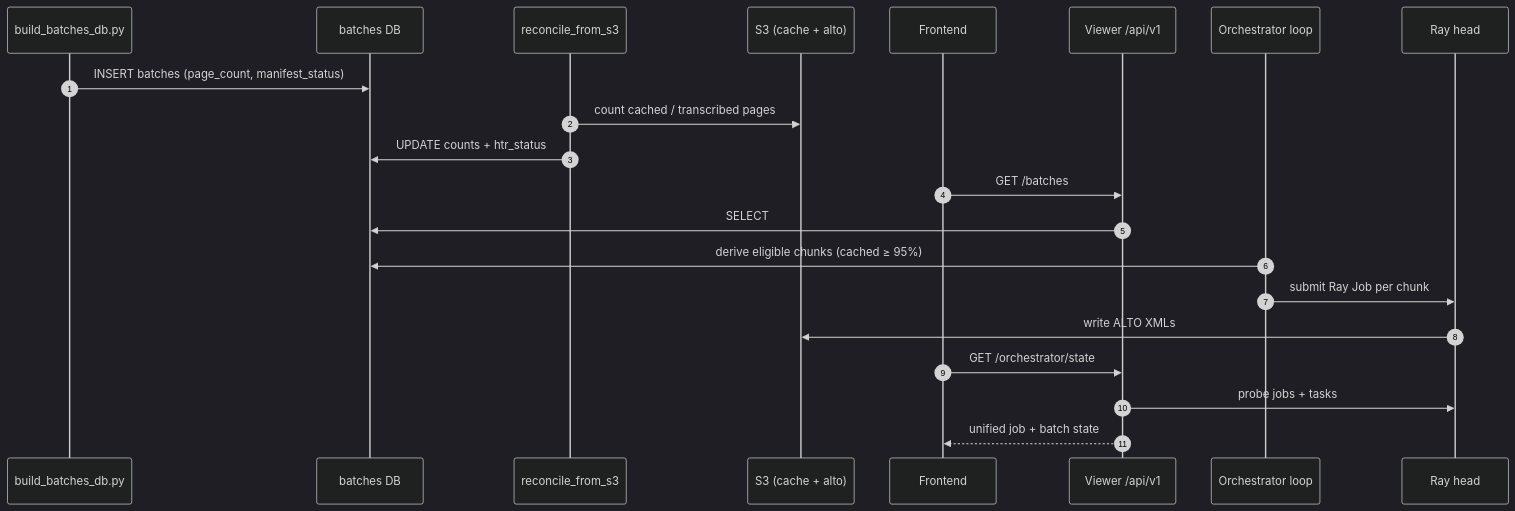
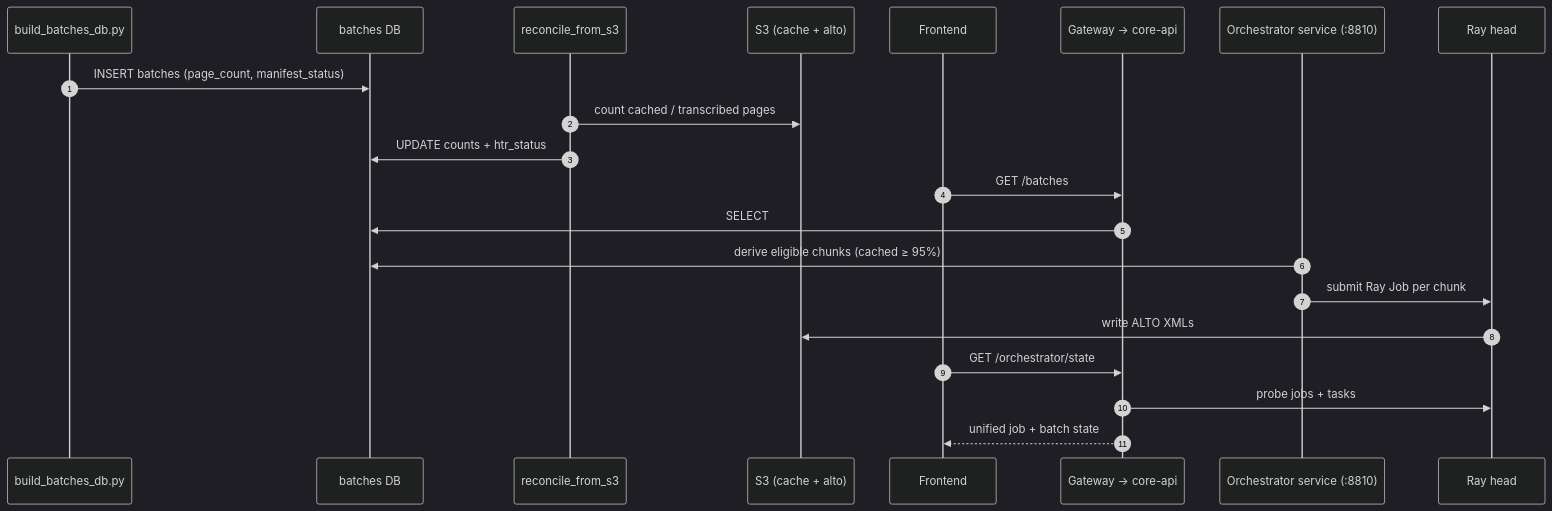
Before and after one commit to AI-Riksarkivet/rask: the second of 3 diagrams in docs/architecture/data-flow.md, drawn with Mermaid (dark theme). The commit also changed other lines of this file and 18 other files, not shown here.

Commit message:
docs: refresh living docs for the post-strangler architecture (gateway + per-domain services + core brick)

````diff
--- a/docs/architecture/data-flow.md
+++ b/docs/architecture/data-flow.md
@@ -44,24 +44,24 @@
 ```mermaid
 sequenceDiagram
     autonumber
     participant Build as build_batches_db.py
     participant DB as batches DB
     participant Sync as reconcile_from_s3
     participant S3 as S3 (cache + alto)
     participant UI as Frontend
-    participant API as Viewer /api/v1
-    participant Orch as Orchestrator loop
+    participant API as Gateway → core-api
+    participant Orch as Orchestrator service (:8810)
     participant Ray as Ray head
 
     Build->>DB: INSERT batches (page_count, manifest_status)
     Sync->>S3: count cached / transcribed pages
     Sync->>DB: UPDATE counts + htr_status
     UI->>API: GET /batches
     API->>DB: SELECT
     Orch->>DB: derive eligible chunks (cached ≥ 95%)
     Orch->>Ray: submit Ray Job per chunk
     Ray->>S3: write ALTO XMLs
     UI->>API: GET /orchestrator/state
     API->>Ray: probe jobs + tasks
     API-->>UI: unified job + batch state
 ```
````
